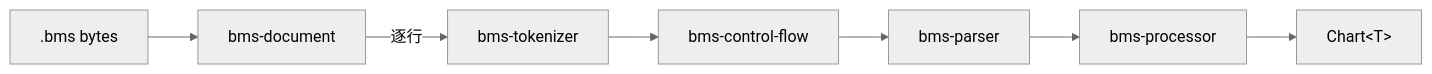
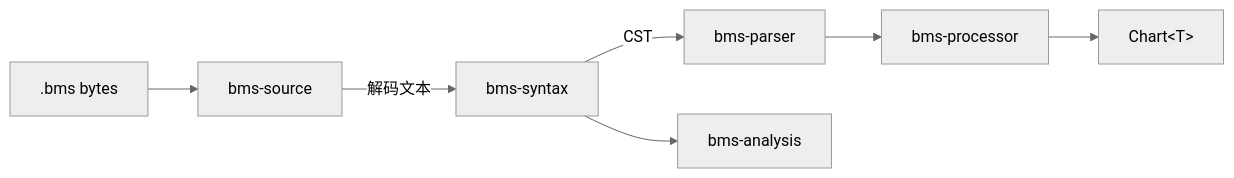
Before and after one commit to brightmeows/bmsrs: the diagram in bms/AGENTS.md, drawn with Mermaid (neutral theme). The commit also changed other lines of this file and 67 other files, not shown here.

First line of the commit message:
refactor(parser): 类型化单行语法迁入 bms-parser

````diff
--- a/bms/AGENTS.md
+++ b/bms/AGENTS.md
@@ -9,9 +9,9 @@
 ```mermaid
 flowchart LR
-    Raw[".bms bytes"] --> Doc[bms-document]
-    Doc -->|逐行| Tok[bms-tokenizer]
-    Tok --> CF[bms-control-flow]
-    CF --> Par[bms-parser]
+    Raw[".bms bytes"] --> Src[bms-source]
+    Src -->|解码文本| Syn[bms-syntax]
+    Syn -->|CST| Par[bms-parser]
     Par --> Proc[bms-processor]
     Proc --> Chart["Chart&lt;T&gt;"]
+    Syn --> Analysis[bms-analysis]
 ```
````
